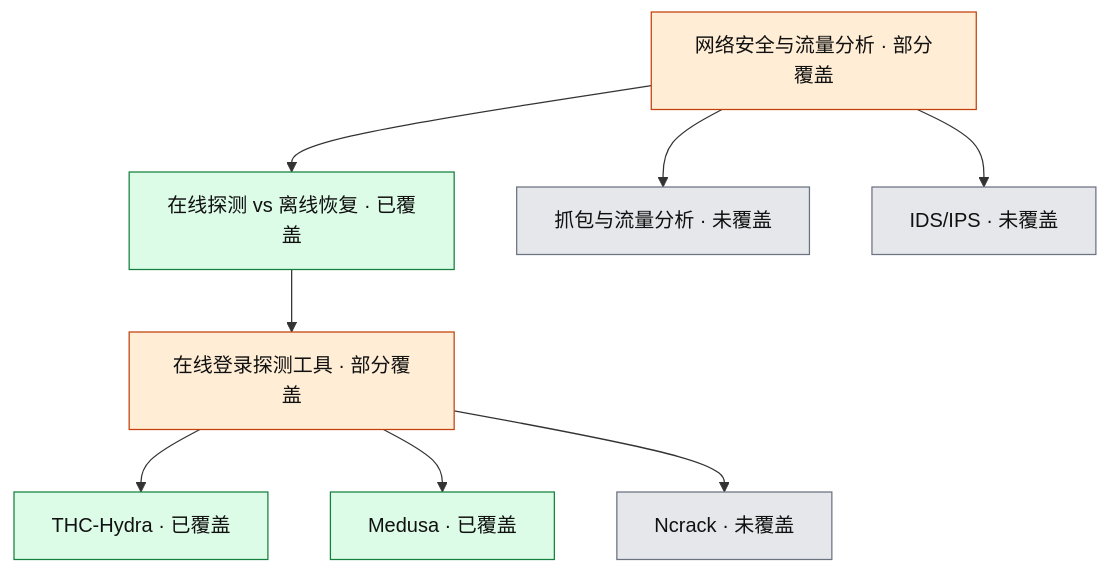
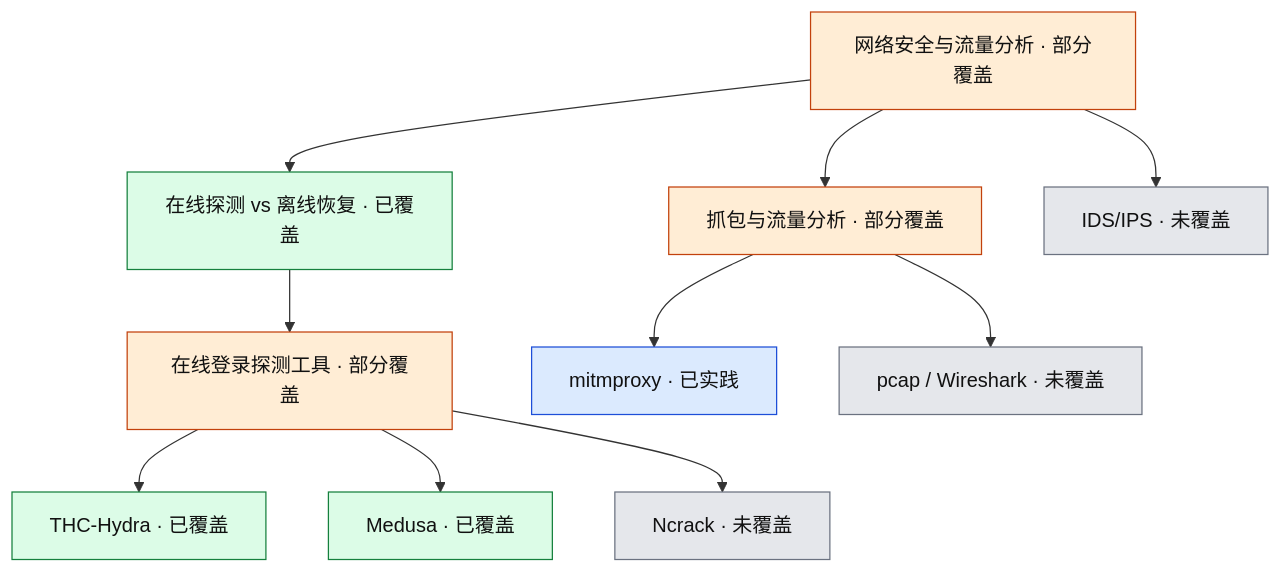
The fourth of 4 diagrams in graph.md (HubBoys/cybersec-knowledge), drawn with Mermaid before and after one commit. The commit also changed other lines of this file and 11 other files, not shown here.

````diff
--- a/graph.md
+++ b/graph.md
@@ -181,26 +229,32 @@
 ```mermaid
 flowchart TB
   classDef uncovered fill:#e5e7eb,stroke:#6b7280,color:#111
   classDef covered fill:#dcfce7,stroke:#15803d,color:#111
+  classDef practiced fill:#dbeafe,stroke:#1d4ed8,color:#111
   classDef partial fill:#ffedd5,stroke:#c2410c,color:#111
 
   NET[网络安全与流量分析 · 部分覆盖]
   DIFF[在线探测 vs 离线恢复 · 已覆盖]
   PROBE[在线登录探测工具 · 部分覆盖]
   H[THC-Hydra · 已覆盖]
   M[Medusa · 已覆盖]
   NC[Ncrack · 未覆盖]
-  PKT[抓包与流量分析 · 未覆盖]
+  PKT[抓包与流量分析 · 部分覆盖]
+  MITM[mitmproxy · 已实践]
+  PCAP[pcap / Wireshark · 未覆盖]
   IDS[IDS/IPS · 未覆盖]
 
   NET --> DIFF --> PROBE
   PROBE --> H
   PROBE --> M
   PROBE --> NC
   NET --> PKT
+  PKT --> MITM
+  PKT --> PCAP
   NET --> IDS
 
   class DIFF,H,M covered
-  class NC,PKT,IDS uncovered
-  class NET,PROBE partial
+  class NC,PCAP,IDS uncovered
+  class MITM practiced
+  class NET,PROBE,PKT partial
 ```
````
